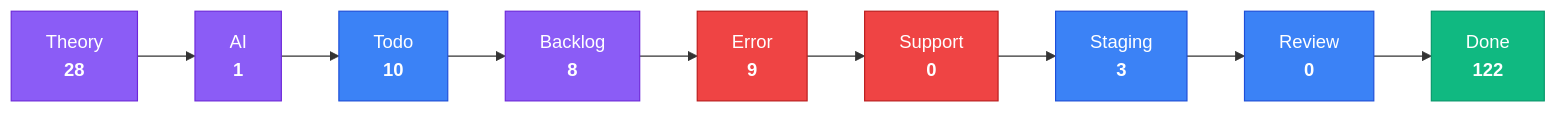
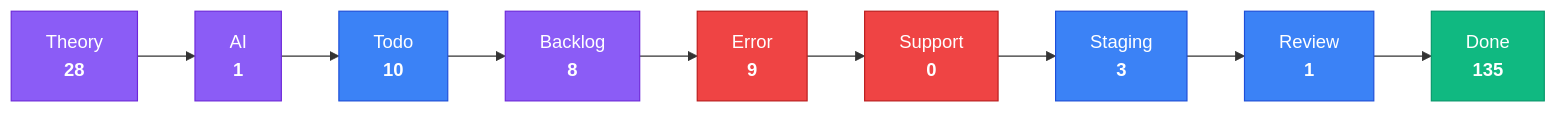
The third of 4 diagrams in apps/kbve/astro-kbve/src/content/docs/dashboard/kanban-data.mdx (KBVE/kbve), drawn with Mermaid before and after one commit. The commit also changed other lines of this file and 8 other files, not shown here.

````diff
--- a/apps/kbve/astro-kbve/src/content/docs/dashboard/kanban-data.mdx
+++ b/apps/kbve/astro-kbve/src/content/docs/dashboard/kanban-data.mdx
@@ -79,28 +80,28 @@
 ```mermaid
 flowchart LR
     classDef planning fill:#8b5cf6,stroke:#6d28d9,color:#fff
     classDef active fill:#3b82f6,stroke:#1d4ed8,color:#fff
     classDef blocked fill:#ef4444,stroke:#b91c1c,color:#fff
     classDef done fill:#10b981,stroke:#059669,color:#fff
     Theory["Theory<br/><strong>28</strong>"]
     Theory --> AI
     AI["AI<br/><strong>1</strong>"]
     AI --> Todo
     Todo["Todo<br/><strong>10</strong>"]
     Todo --> Backlog
     Backlog["Backlog<br/><strong>8</strong>"]
     Backlog --> Error
     Error["Error<br/><strong>9</strong>"]
     Error --> Support
     Support["Support<br/><strong>0</strong>"]
     Support --> Staging
     Staging["Staging<br/><strong>3</strong>"]
     Staging --> Review
-    Review["Review<br/><strong>0</strong>"]
+    Review["Review<br/><strong>1</strong>"]
     Review --> Done
-    Done["Done<br/><strong>122</strong>"]
+    Done["Done<br/><strong>135</strong>"]
     class Theory,AI,Backlog planning
     class Todo,Staging,Review active
     class Error,Support blocked
     class Done done
 ```
````
